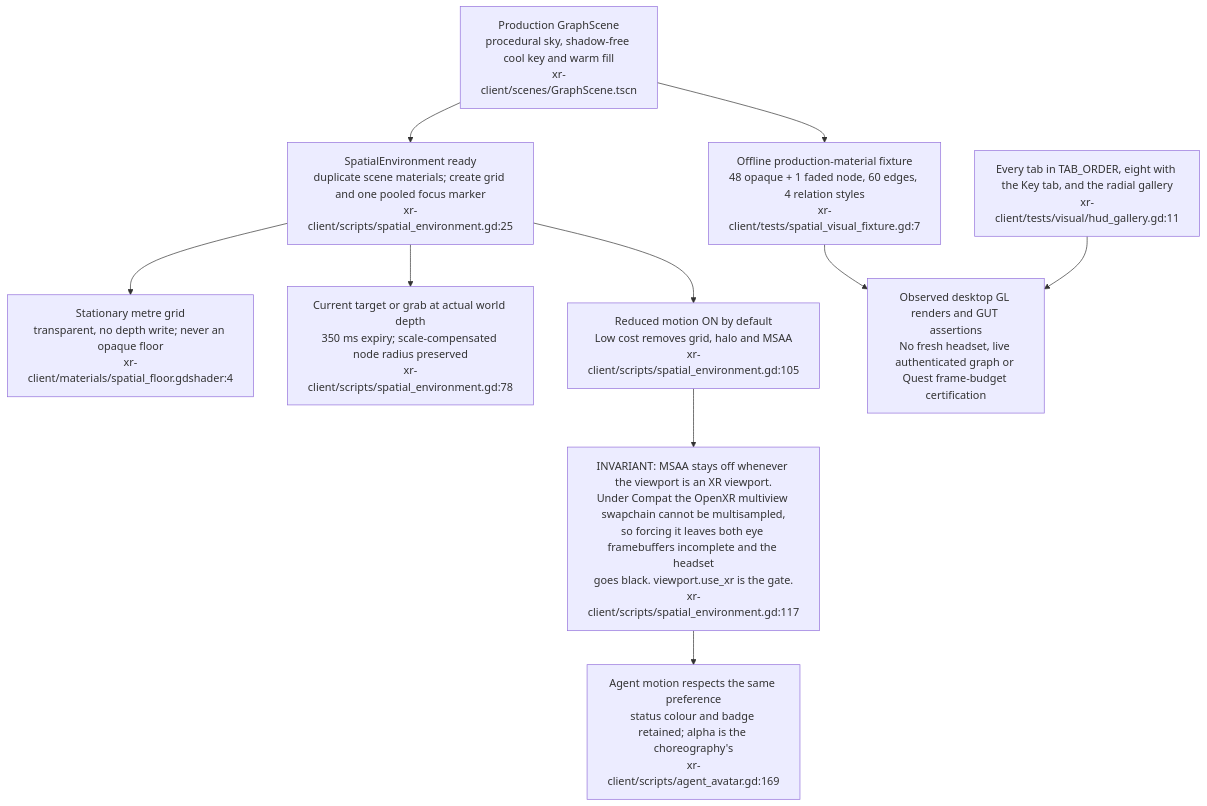
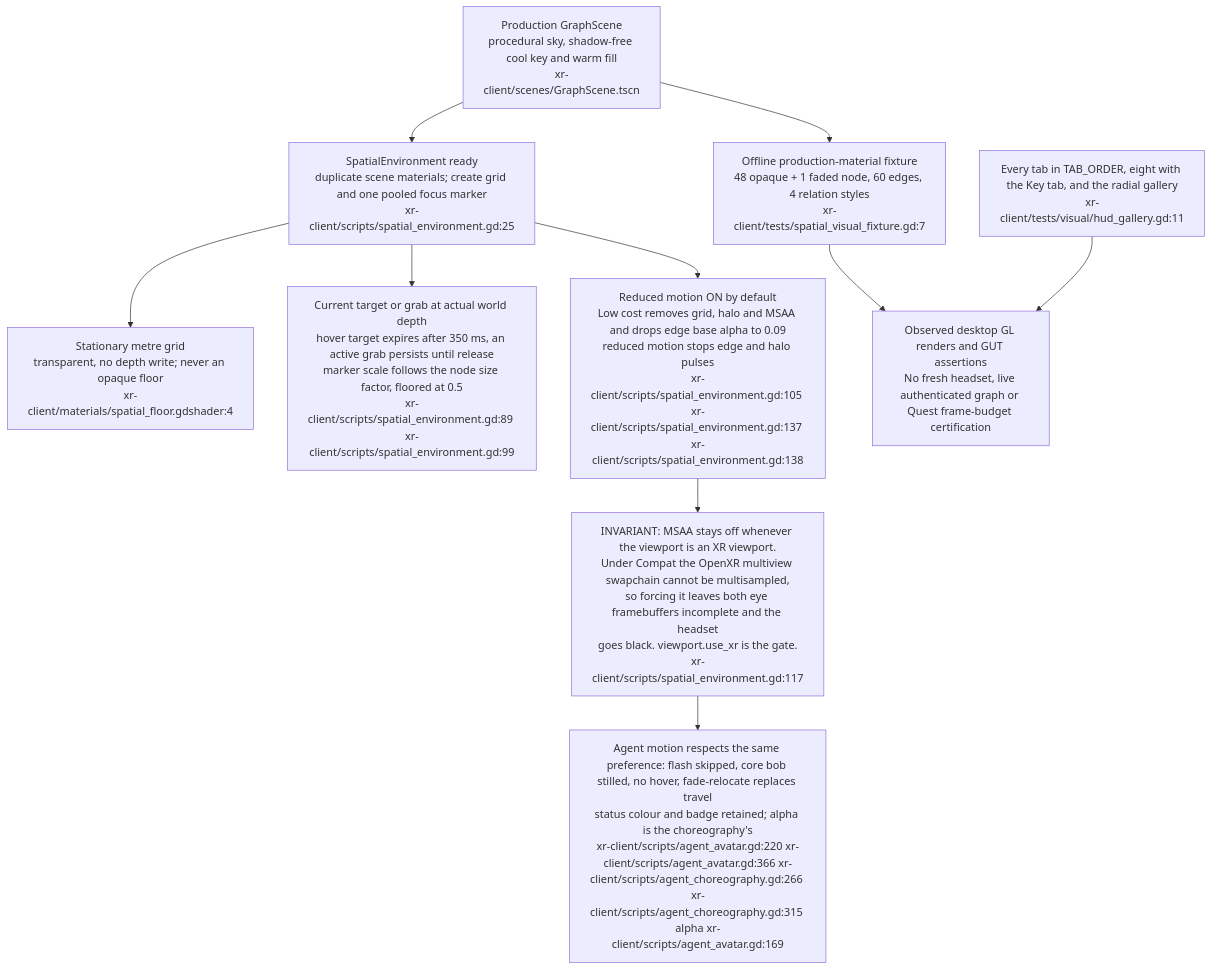
Diagram 19 of 26 in docs/diagrams/visionclaw/36-godot-xr-client.md (DreamLab-AI/VisionFlow), drawn with Mermaid before and after one commit. The commit also changed other lines of this file and 4 other files, not shown here.

Commit message:
docs(diagrams): re-read VC-36 claims against the code and catalogue the XR memory-cloud internals as VC-38

````diff
--- a/docs/diagrams/visionclaw/36-godot-xr-client.md
+++ b/docs/diagrams/visionclaw/36-godot-xr-client.md
@@ -901,22 +945,22 @@
 ```mermaid
 flowchart TB
     Scene["Production GraphScene<br/>procedural sky, shadow-free cool key and warm fill<br/>xr-client/scenes/GraphScene.tscn"]
     Env["SpatialEnvironment ready<br/>duplicate scene materials; create grid and one pooled focus marker<br/>xr-client/scripts/spatial_environment.gd:25"]
     Grid["Stationary metre grid<br/>transparent, no depth write; never an opaque floor<br/>xr-client/materials/spatial_floor.gdshader:4"]
-    Focus["Current target or grab at actual world depth<br/>350 ms expiry; scale-compensated node radius preserved<br/>xr-client/scripts/spatial_environment.gd:78"]
-    Comfort["Reduced motion ON by default<br/>Low cost removes grid, halo and MSAA<br/>xr-client/scripts/spatial_environment.gd:105"]
+    Focus["Current target or grab at actual world depth<br/>hover target expires after 350 ms, an active grab persists until release<br/>marker scale follows the node size factor, floored at 0.5<br/>xr-client/scripts/spatial_environment.gd:89 xr-client/scripts/spatial_environment.gd:99"]
+    Comfort["Reduced motion ON by default<br/>Low cost removes grid, halo and MSAA and drops edge base alpha to 0.09<br/>reduced motion stops edge and halo pulses<br/>xr-client/scripts/spatial_environment.gd:105 xr-client/scripts/spatial_environment.gd:137 xr-client/scripts/spatial_environment.gd:138"]
     MSAA["INVARIANT: MSAA stays off whenever the viewport is an XR viewport.<br/>Under Compat the OpenXR multiview swapchain cannot be multisampled,<br/>so forcing it leaves both eye framebuffers incomplete and the headset<br/>goes black. viewport.use_xr is the gate.<br/>xr-client/scripts/spatial_environment.gd:117"]
-    Agents["Agent motion respects the same preference<br/>status colour and badge retained; alpha is the choreography's<br/>xr-client/scripts/agent_avatar.gd:169"]
+    Agents["Agent motion respects the same preference: flash skipped, core bob stilled, no hover, fade-relocate replaces travel<br/>status colour and badge retained; alpha is the choreography's<br/>xr-client/scripts/agent_avatar.gd:220 xr-client/scripts/agent_avatar.gd:366 xr-client/scripts/agent_choreography.gd:266 xr-client/scripts/agent_choreography.gd:315 alpha xr-client/scripts/agent_avatar.gd:169"]
     Fixture["Offline production-material fixture<br/>48 opaque + 1 faded node, 60 edges, 4 relation styles<br/>xr-client/tests/spatial_visual_fixture.gd:7"]
     Gallery["Every tab in TAB_ORDER, eight with the Key tab, and the radial gallery<br/>xr-client/tests/visual/hud_gallery.gd:11"]
     Limits["Observed desktop GL renders and GUT assertions<br/>No fresh headset, live authenticated graph or Quest frame-budget certification"]
     Scene --> Env
     Env --> Grid
     Env --> Focus
     Env --> Comfort
     Comfort --> MSAA
     MSAA --> Agents
     Scene --> Fixture
     Fixture --> Limits
     Gallery --> Limits
 ```
````
